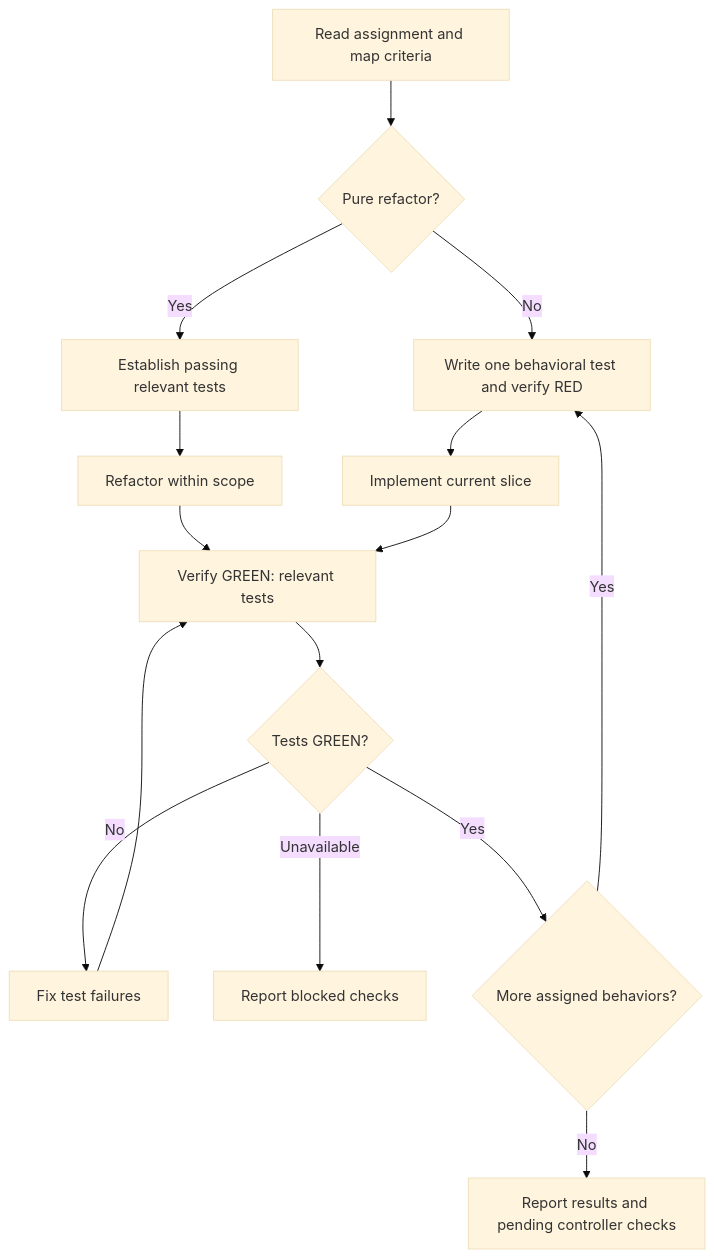
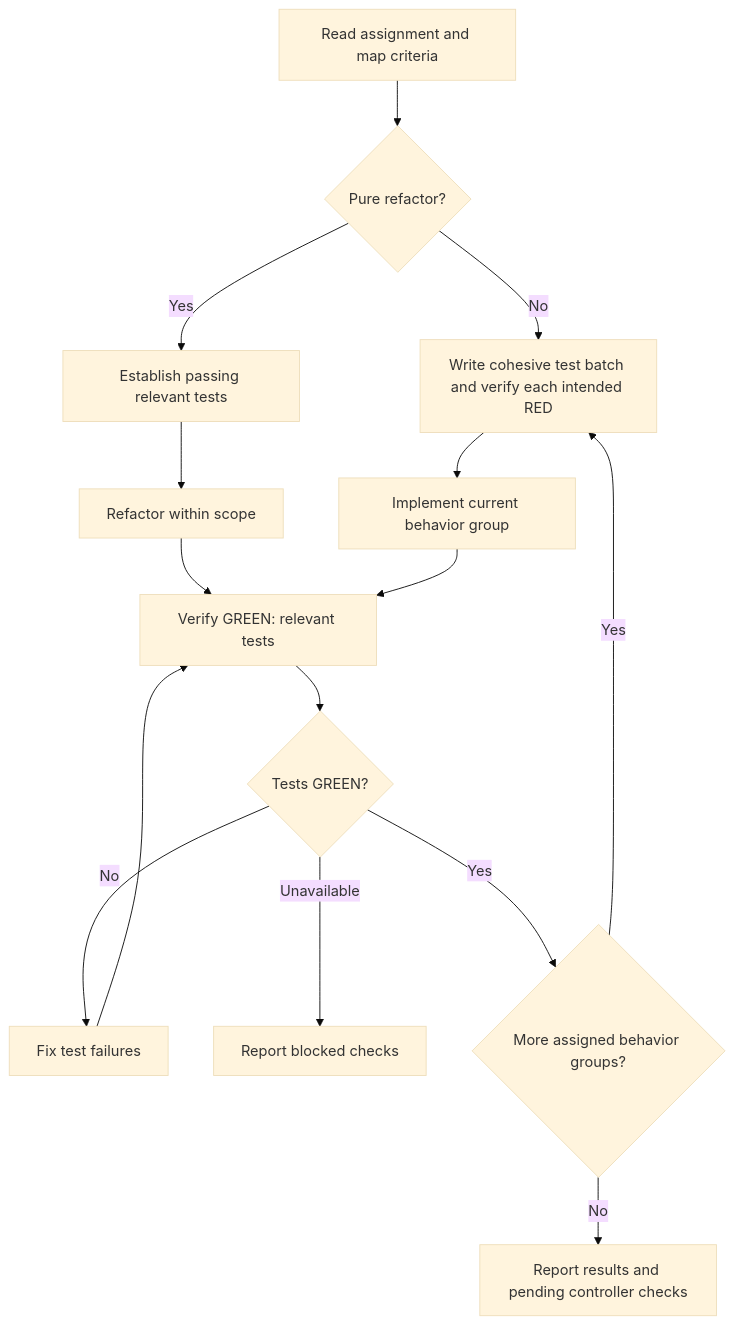
The diagram in src/blueprints/agents/sdd-implementer.agent.md (UseTheFork/spindle), drawn with Mermaid (base theme) before and after one commit. The commit also changed other lines of this file and 1 other file, not shown here.

Commit message:
chore: update version numbers and refine TDD guidance in documentation

````diff
--- a/src/blueprints/agents/sdd-implementer.agent.md
+++ b/src/blueprints/agents/sdd-implementer.agent.md
@@ -54,17 +55,17 @@
 ```mermaid
 flowchart TD
     A[Read assignment and map criteria] --> B{Pure refactor?}
-    B -- No --> C[Write one behavioral test and verify RED]
+    B -- No --> C[Write cohesive test batch and verify each intended RED]
     B -- Yes --> D[Establish passing relevant tests]
-    C --> E[Implement current slice]
+    C --> E[Implement current behavior group]
     D --> P[Refactor within scope]
     P --> F
     E --> F[Verify GREEN: relevant tests]
     F --> G{Tests GREEN?}
     G -- No --> H[Fix test failures]
     H --> F
     G -- Unavailable --> R[Report blocked checks]
-    G -- Yes --> I{More assigned behaviors?}
+    G -- Yes --> I{More assigned behavior groups?}
     I -- Yes --> C
     I -- No --> O[Report results and pending controller checks]
 ```
````
